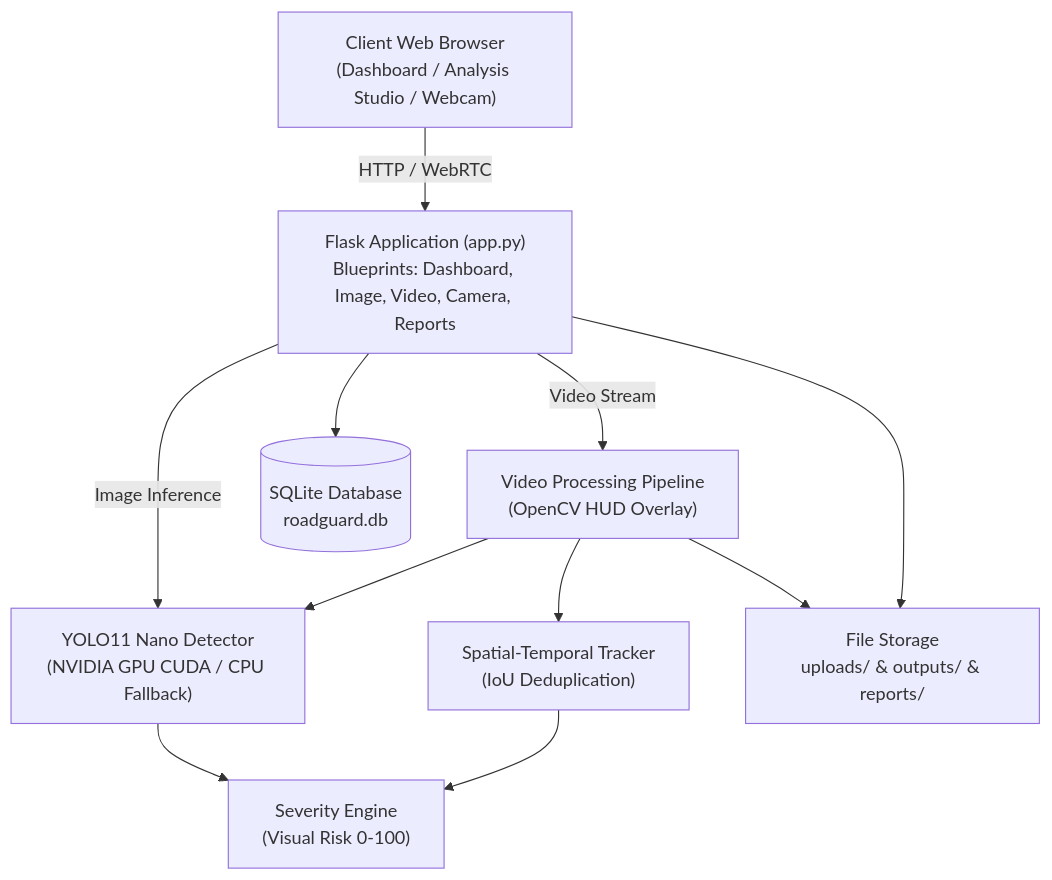
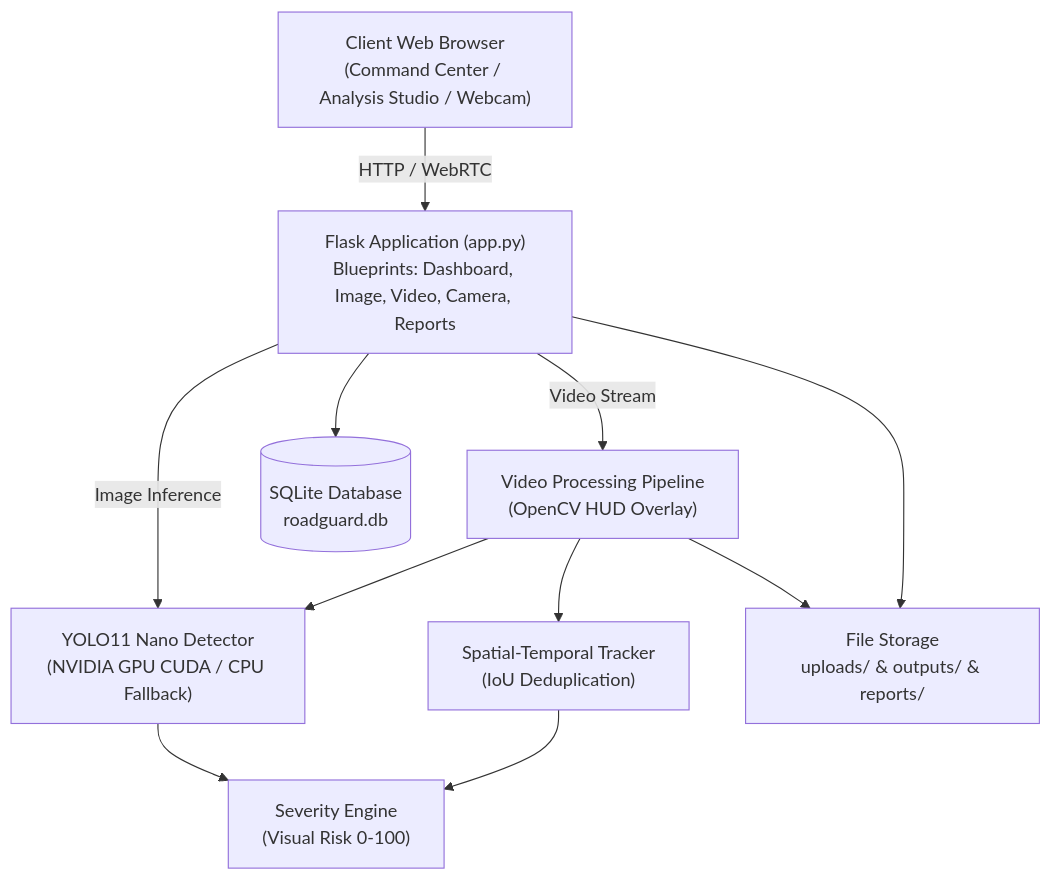
One commit to Naveen6suraj/Road-Damage-Detection- changed the diagram in README.md. Above: the diagram before and after it, drawn with Mermaid. The commit also changed other lines of this file and 24 other files, not shown here.

````diff
--- a/README.md
+++ b/README.md
@@ -77,22 +84,22 @@
 ```mermaid
 flowchart TD
-    Client["Client Web Browser\n(Dashboard / Analysis Studio / Webcam)"]
+    Client["Client Web Browser\n(Command Center / Analysis Studio / Webcam)"]
     Flask["Flask Application (app.py)\nBlueprints: Dashboard, Image, Video, Camera, Reports"]
     Detector["YOLO11 Nano Detector\n(NVIDIA GPU CUDA / CPU Fallback)"]
     Severity["Severity Engine\n(Visual Risk 0-100)"]
     Tracker["Spatial-Temporal Tracker\n(IoU Deduplication)"]
     VideoProc["Video Processing Pipeline\n(OpenCV HUD Overlay)"]
     Database[("SQLite Database\nroadguard.db")]
     Storage["File Storage\nuploads/ & outputs/ & reports/"]
 
     Client -->|HTTP / WebRTC| Flask
     Flask -->|Image Inference| Detector
     Flask -->|Video Stream| VideoProc
     VideoProc --> Detector
     Detector --> Severity
     VideoProc --> Tracker
     Tracker --> Severity
     Flask --> Database
     VideoProc --> Storage
     Flask --> Storage
 ```
````
